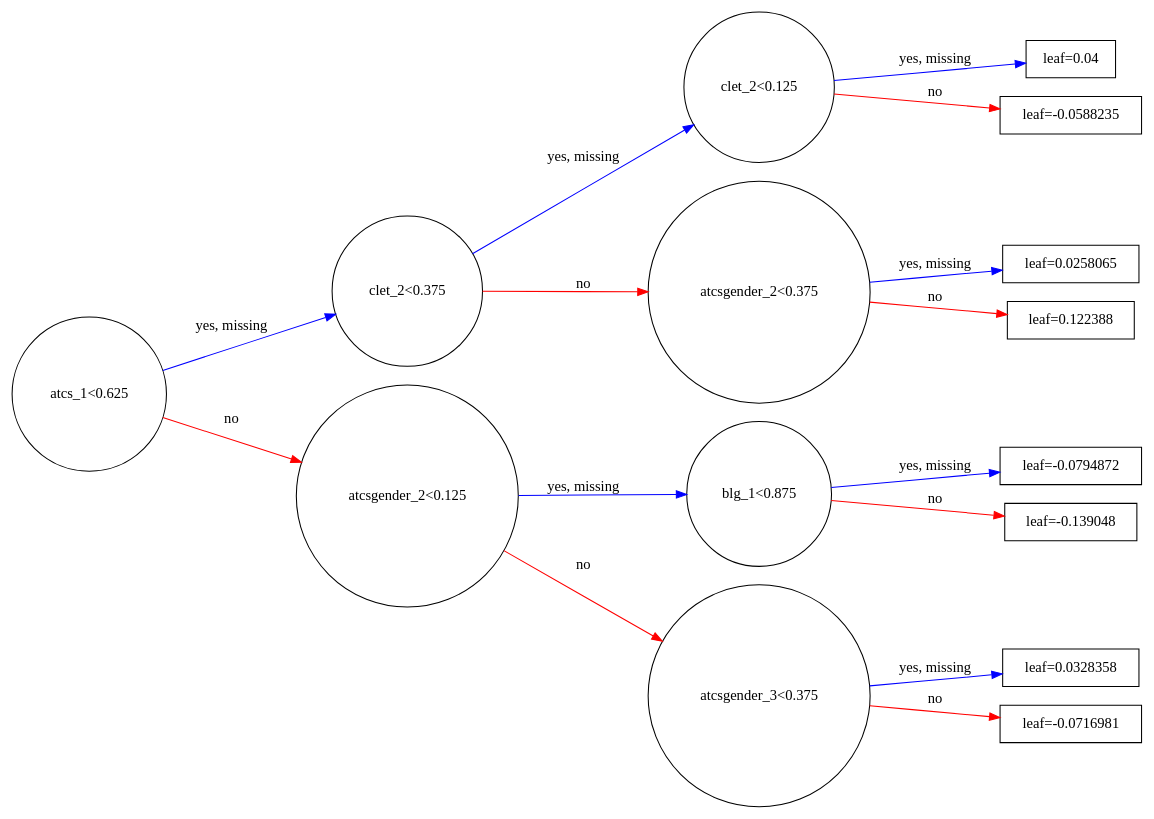
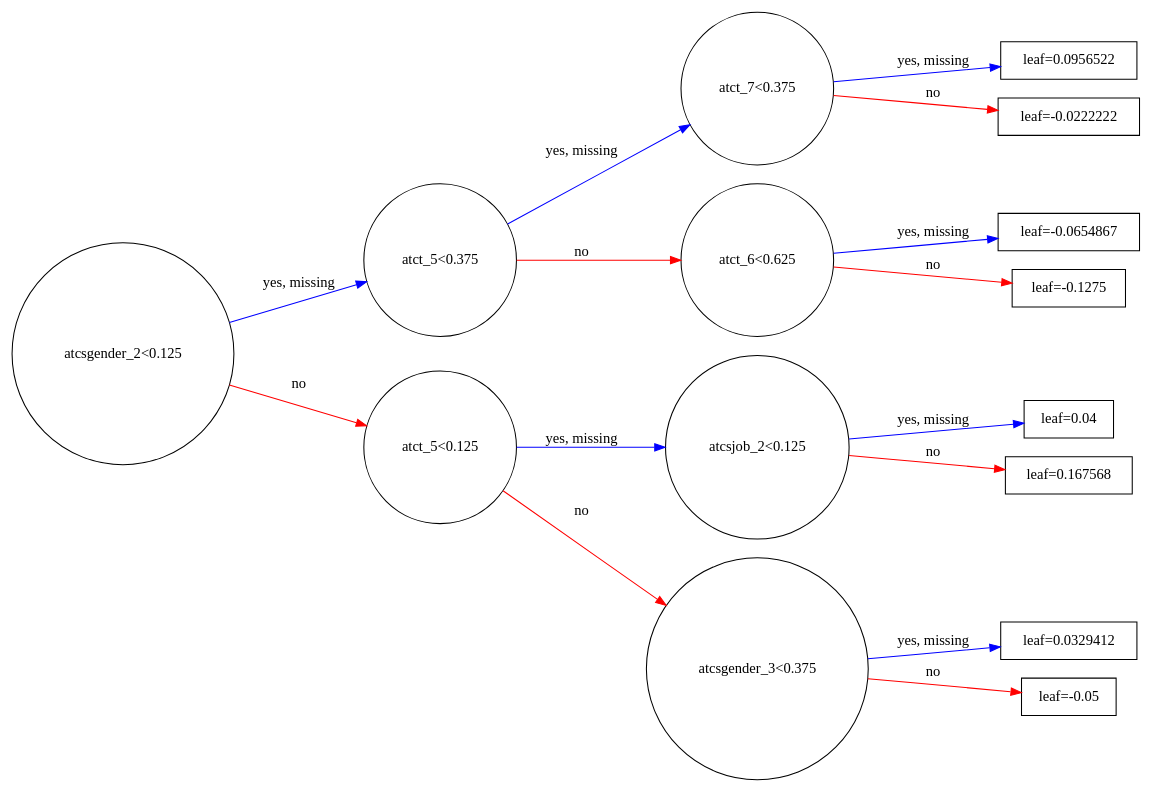
Before and after one commit to omoju/IntroCSExperiencePrediction: the diagram in report/figures/X_all_Reduced_graph.gv, drawn with Graphviz. The commit also changed 6 other files, not shown here.

```diff
--- a/report/figures/X_all_Reduced_graph.gv
+++ b/report/figures/X_all_Reduced_graph.gv
@@ -1,32 +1,32 @@
 digraph {
 	graph [rankdir=LR]
-		0 [label="atcs_1<0.625" shape=circle]
+		0 [label="atcsgender_2<0.125" shape=circle]
 			0 -> 1 [label="yes, missing" color="#0000FF"]
 			0 -> 2 [label=no color="#FF0000"]
-		1 [label="clet_2<0.375" shape=circle]
+		1 [label="atct_5<0.375" shape=circle]
 			1 -> 3 [label="yes, missing" color="#0000FF"]
 			1 -> 4 [label=no color="#FF0000"]
-		3 [label="clet_2<0.125" shape=circle]
+		3 [label="atct_7<0.375" shape=circle]
 			3 -> 7 [label="yes, missing" color="#0000FF"]
 			3 -> 8 [label=no color="#FF0000"]
-		7 [label="leaf=0.04" shape=box]
-		8 [label="leaf=-0.0588235" shape=box]
-		4 [label="atcsgender_2<0.375" shape=circle]
+		7 [label="leaf=0.0956522" shape=box]
+		8 [label="leaf=-0.0222222" shape=box]
+		4 [label="atct_6<0.625" shape=circle]
 			4 -> 9 [label="yes, missing" color="#0000FF"]
 			4 -> 10 [label=no color="#FF0000"]
-		9 [label="leaf=0.0258065" shape=box]
-		10 [label="leaf=0.122388" shape=box]
-		2 [label="atcsgender_2<0.125" shape=circle]
+		9 [label="leaf=-0.0654867" shape=box]
+		10 [label="leaf=-0.1275" shape=box]
+		2 [label="atct_5<0.125" shape=circle]
 			2 -> 5 [label="yes, missing" color="#0000FF"]
 			2 -> 6 [label=no color="#FF0000"]
-		5 [label="blg_1<0.875" shape=circle]
+		5 [label="atcsjob_2<0.125" shape=circle]
 			5 -> 11 [label="yes, missing" color="#0000FF"]
 			5 -> 12 [label=no color="#FF0000"]
-		11 [label="leaf=-0.0794872" shape=box]
-		12 [label="leaf=-0.139048" shape=box]
+		11 [label="leaf=0.04" shape=box]
+		12 [label="leaf=0.167568" shape=box]
 		6 [label="atcsgender_3<0.375" shape=circle]
 			6 -> 13 [label="yes, missing" color="#0000FF"]
 			6 -> 14 [label=no color="#FF0000"]
-		13 [label="leaf=0.0328358" shape=box]
-		14 [label="leaf=-0.0716981" shape=box]
+		13 [label="leaf=0.0329412" shape=box]
+		14 [label="leaf=-0.05" shape=box]
 }
```
